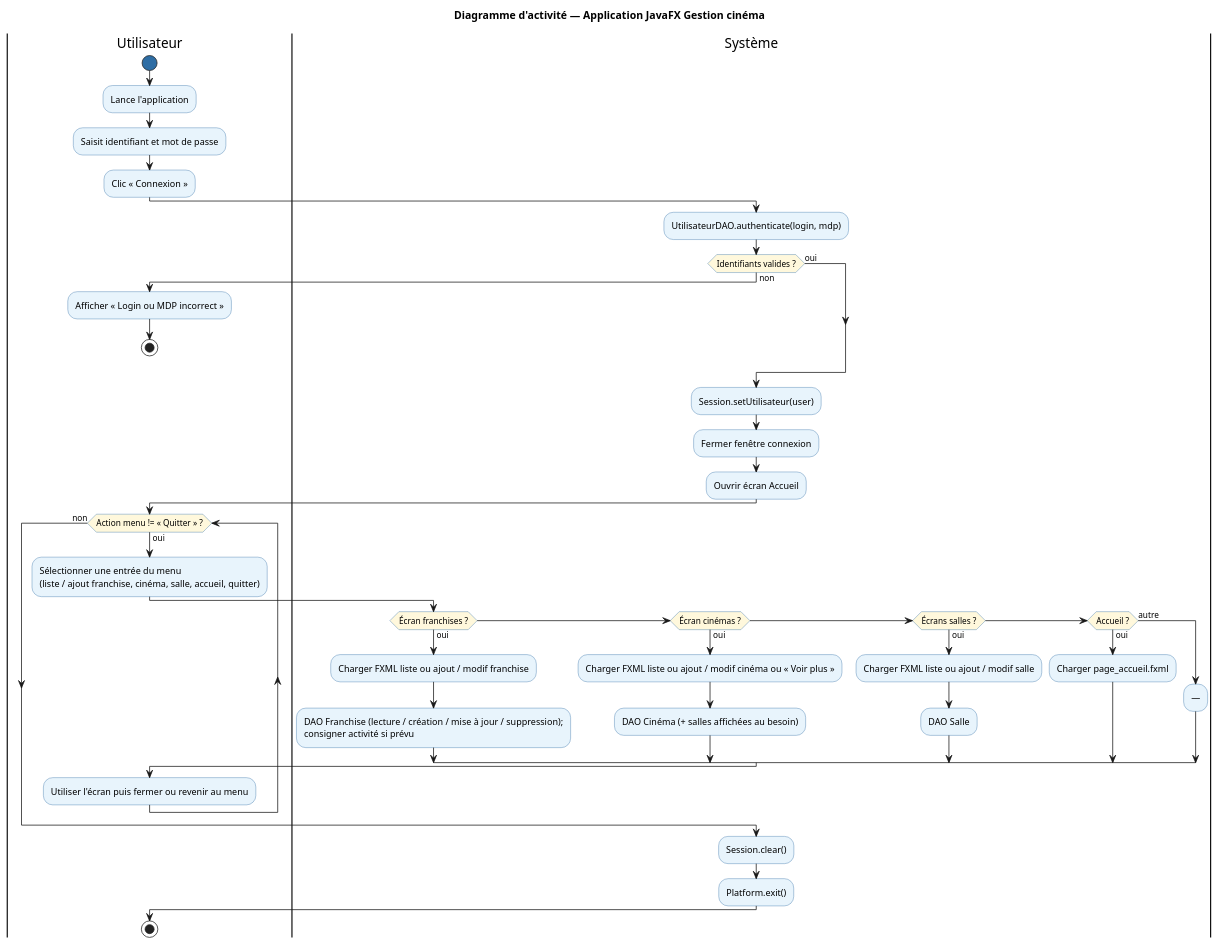
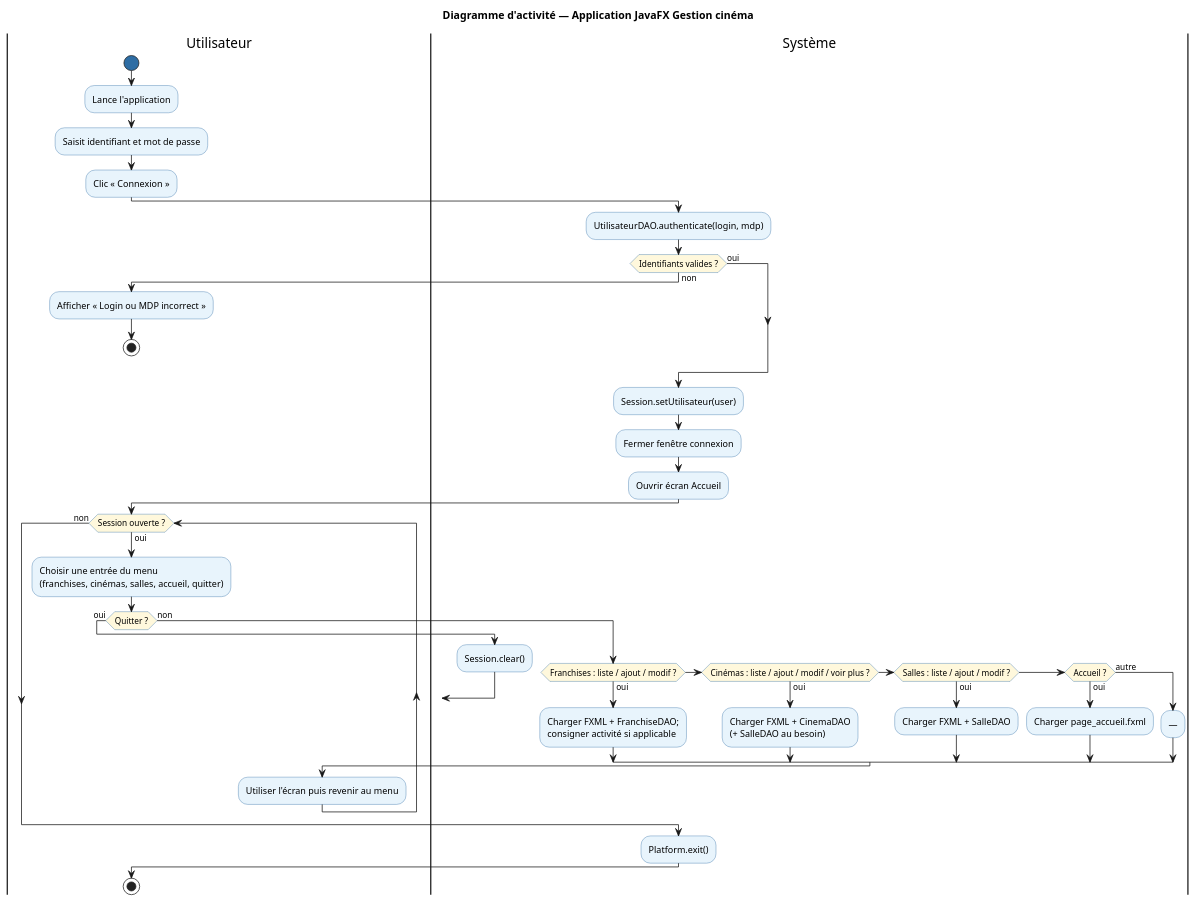
Before and after one commit to Ayad69/Projet_JAVA_Cinema: the diagram in docs/diagramme-activite-appli-cinema.puml, drawn with PlantUML.

```diff
--- a/docs/diagramme-activite-appli-cinema.puml
+++ b/docs/diagramme-activite-appli-cinema.puml
@@ -1,62 +1,64 @@
 @startuml diagramme-activite-appli-cinema
 title Diagramme d'activité — Application JavaFX Gestion cinéma
 
 skinparam ActivityBackgroundColor #E8F4FC
 skinparam ActivityBorderColor #2E6DA4
 skinparam ActivityDiamondBackgroundColor #FFF8DC
 skinparam ActivityStartColor #2E6DA4
 skinparam ActivityEndColor #2E6DA4
 
 |Utilisateur|
 start
 :Lance l'application;
 :Saisit identifiant et mot de passe;
 :Clic « Connexion »;
 
 |Système|
 :UtilisateurDAO.authenticate(login, mdp);
 
 if (Identifiants valides ?) then (non)
   |Utilisateur|
   :Afficher « Login ou MDP incorrect »;
   stop
 else (oui)
 endif
 
 |Système|
 :Session.setUtilisateur(user);
 :Fermer fenêtre connexion;
 :Ouvrir écran Accueil;
 
 |Utilisateur|
-while (Action menu != « Quitter » ?) is (oui)
-  :Sélectionner une entrée du menu\n(liste / ajout franchise, cinéma, salle, accueil, quitter);
+while (Session ouverte ?) is (oui)
+  :Choisir une entrée du menu\n(franchises, cinémas, salles, accueil, quitter);
 
-  |Système|
-  if (Écran franchises ?) then (oui)
-    :Charger FXML liste ou ajout / modif franchise;
-    :DAO Franchise (lecture / création / mise à jour / suppression);\nconsigner activité si prévu;
-  elseif (Écran cinémas ?) then (oui)
-    :Charger FXML liste ou ajout / modif cinéma ou « Voir plus »;
-    :DAO Cinéma (+ salles affichées au besoin);
-  elseif (Écrans salles ?) then (oui)
-    :Charger FXML liste ou ajout / modif salle;
-    :DAO Salle;
-  elseif (Accueil ?) then (oui)
-    :Charger page_accueil.fxml;
-  else (autre)
-    :—;
+  if (Quitter ?) then (oui)
+    |Système|
+    :Session.clear();
+    break
+  else (non)
+    |Système|
+    if (Franchises : liste / ajout / modif ?) then (oui)
+      :Charger FXML + FranchiseDAO;\nconsigner activité si applicable;
+    elseif (Cinémas : liste / ajout / modif / voir plus ?) then (oui)
+      :Charger FXML + CinemaDAO\n(+ SalleDAO au besoin);
+    elseif (Salles : liste / ajout / modif ?) then (oui)
+      :Charger FXML + SalleDAO;
+    elseif (Accueil ?) then (oui)
+      :Charger page_accueil.fxml;
+    else (autre)
+      :—;
+    endif
+    |Utilisateur|
+    :Utiliser l'écran puis revenir au menu;
   endif
 
-  |Utilisateur|
-  :Utiliser l'écran puis fermer ou revenir au menu;
 endwhile (non)
 
 |Système|
-:Session.clear();
 :Platform.exit();
 
 |Utilisateur|
 stop
 
 @enduml
```
